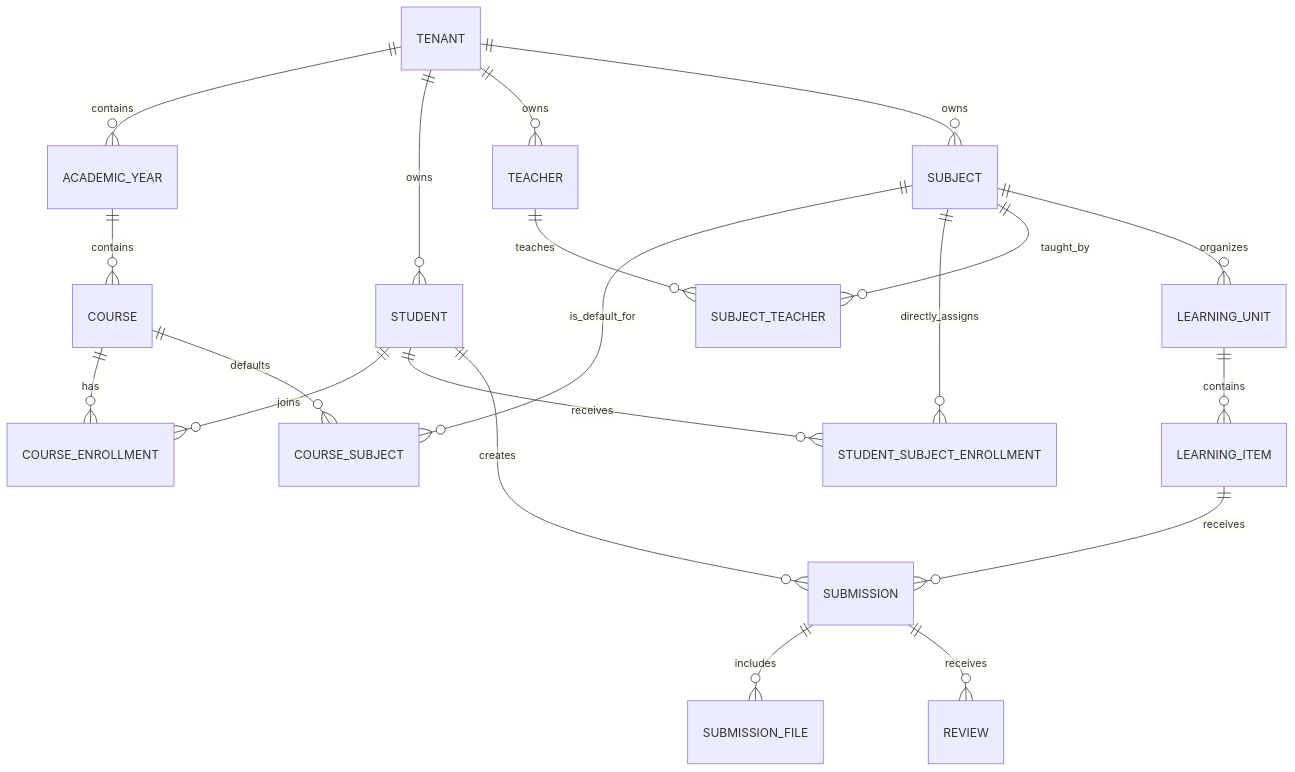
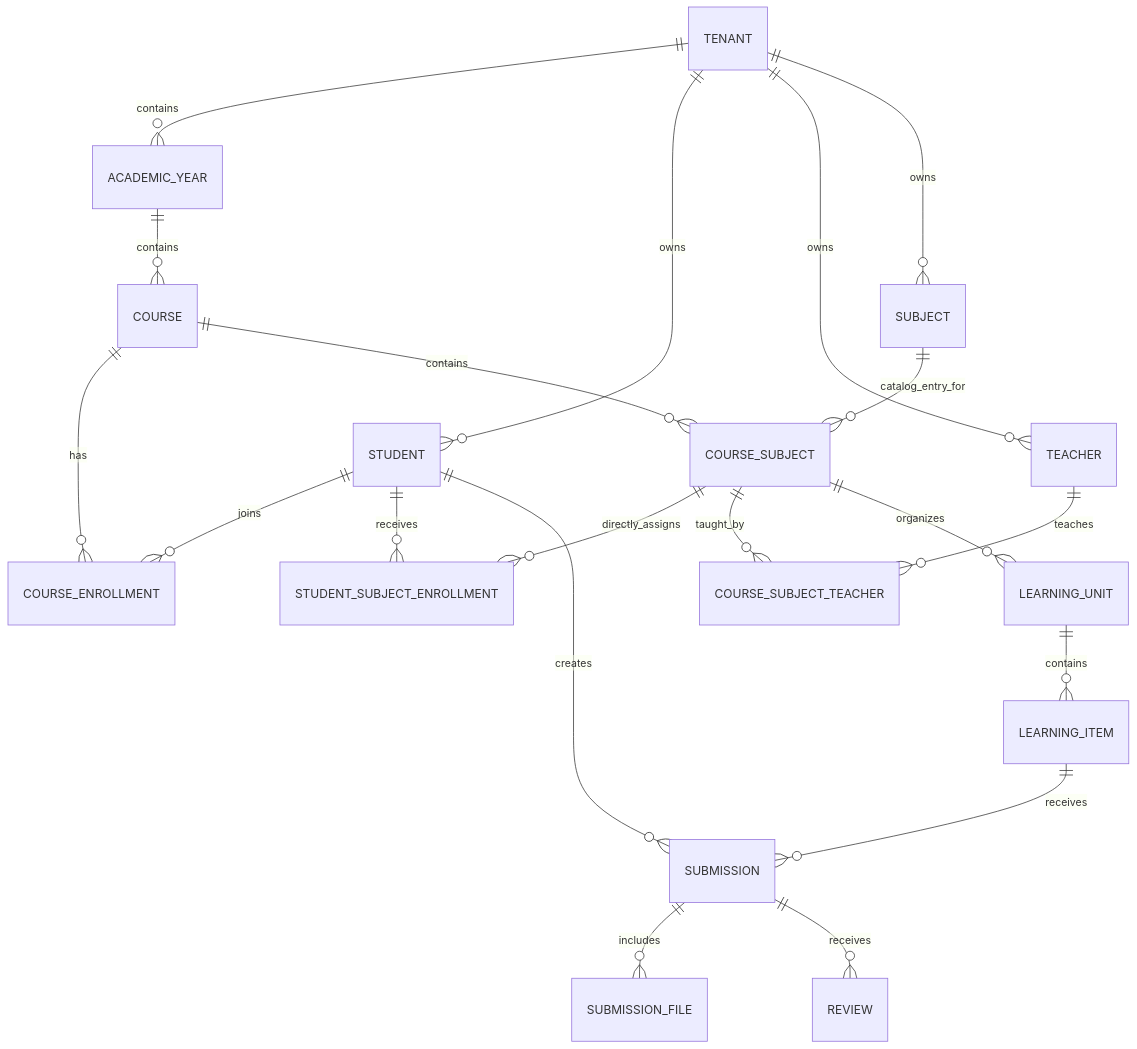
The diagram in docs/architecture/domain-model.md (Sherydans12/edupay-academico), drawn with Mermaid before and after one commit. The commit also changed other lines of this file and 26 other files, not shown here.

````diff
--- a/docs/architecture/domain-model.md
+++ b/docs/architecture/domain-model.md
@@ -18,22 +18,22 @@
 ```mermaid
 erDiagram
     TENANT ||--o{ ACADEMIC_YEAR : contains
     TENANT ||--o{ STUDENT : owns
     TENANT ||--o{ TEACHER : owns
     TENANT ||--o{ SUBJECT : owns
     ACADEMIC_YEAR ||--o{ COURSE : contains
     COURSE ||--o{ COURSE_ENROLLMENT : has
     STUDENT ||--o{ COURSE_ENROLLMENT : joins
-    COURSE ||--o{ COURSE_SUBJECT : defaults
-    SUBJECT ||--o{ COURSE_SUBJECT : is_default_for
+    COURSE ||--o{ COURSE_SUBJECT : contains
+    SUBJECT ||--o{ COURSE_SUBJECT : catalog_entry_for
     STUDENT ||--o{ STUDENT_SUBJECT_ENROLLMENT : receives
-    SUBJECT ||--o{ STUDENT_SUBJECT_ENROLLMENT : directly_assigns
-    SUBJECT ||--o{ SUBJECT_TEACHER : taught_by
-    TEACHER ||--o{ SUBJECT_TEACHER : teaches
-    SUBJECT ||--o{ LEARNING_UNIT : organizes
+    COURSE_SUBJECT ||--o{ STUDENT_SUBJECT_ENROLLMENT : directly_assigns
+    COURSE_SUBJECT ||--o{ COURSE_SUBJECT_TEACHER : taught_by
+    TEACHER ||--o{ COURSE_SUBJECT_TEACHER : teaches
+    COURSE_SUBJECT ||--o{ LEARNING_UNIT : organizes
     LEARNING_UNIT ||--o{ LEARNING_ITEM : contains
     LEARNING_ITEM ||--o{ SUBMISSION : receives
     STUDENT ||--o{ SUBMISSION : creates
     SUBMISSION ||--o{ SUBMISSION_FILE : includes
     SUBMISSION ||--o{ REVIEW : receives
 ```
````
